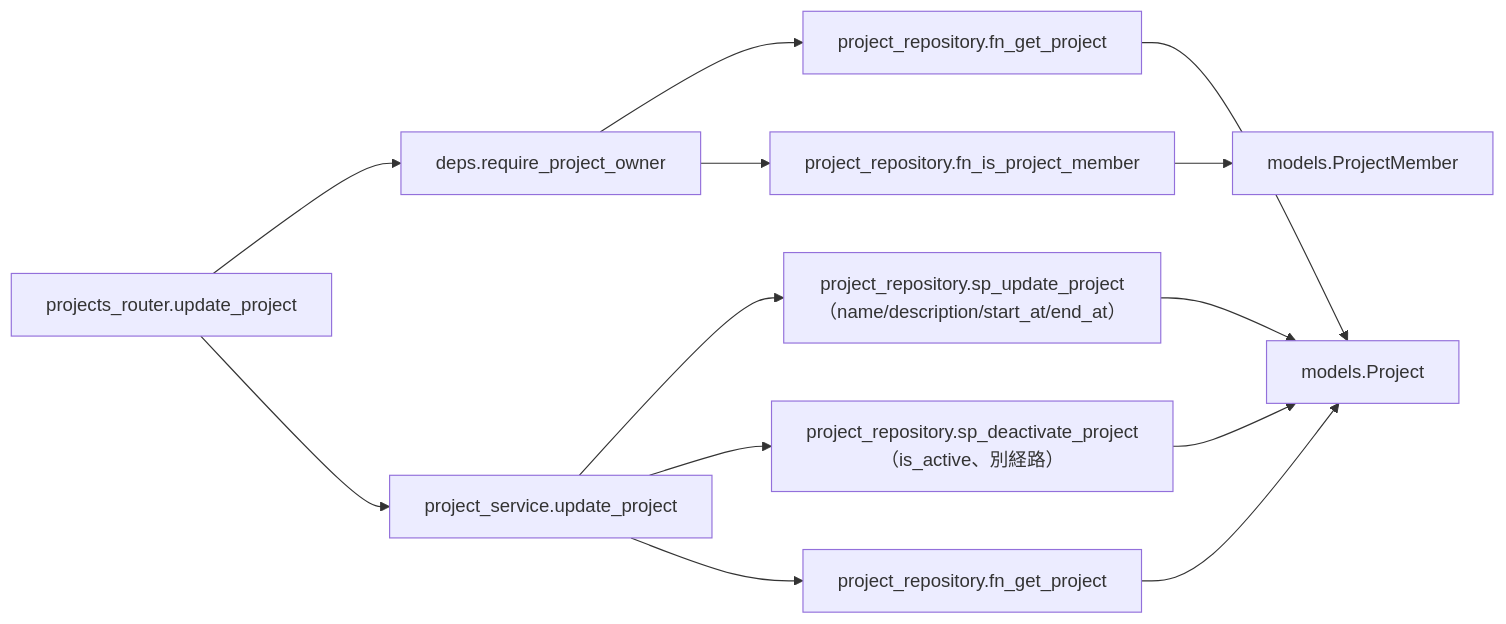
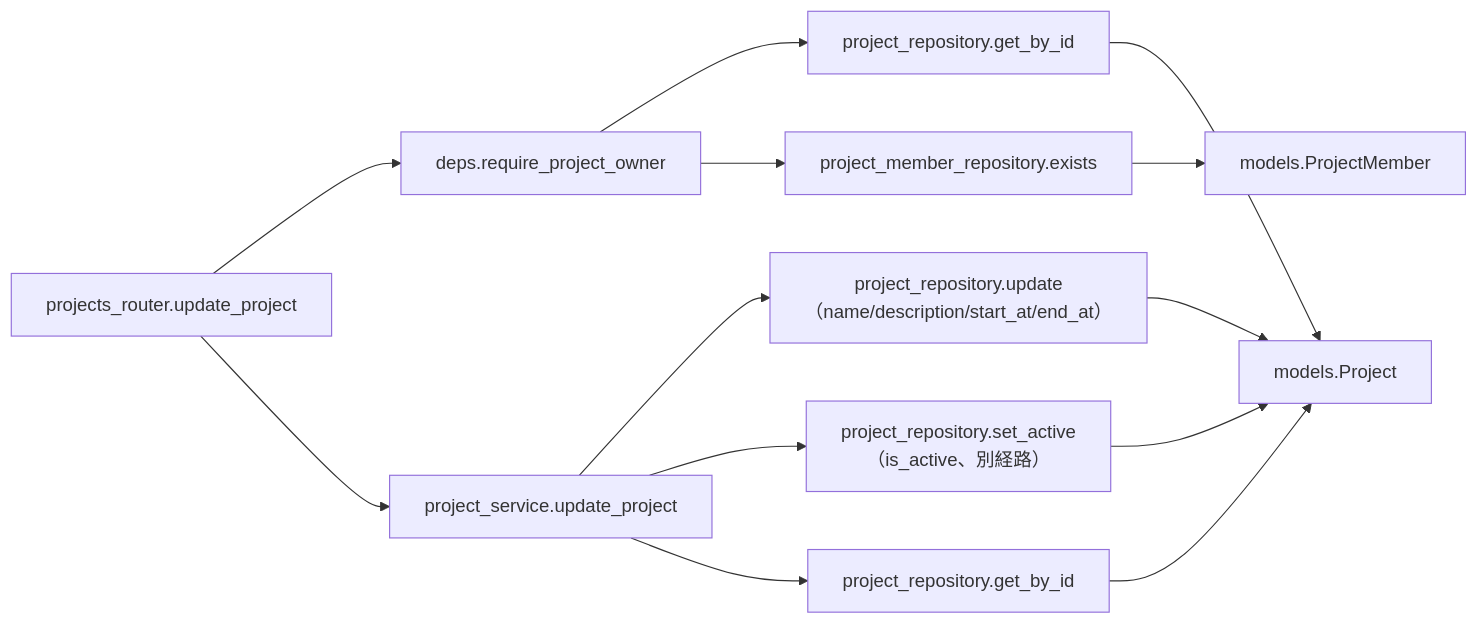
One commit to oikawa-d/task_management changed the third of 4 diagrams in docs/detailed_design/api/projects/04_patch_project.md. Above: the diagram before and after it, drawn with Mermaid. The commit also changed other lines of this file and 8 other files, not shown here.

````diff
--- a/docs/detailed_design/api/projects/04_patch_project.md
+++ b/docs/detailed_design/api/projects/04_patch_project.md
@@ -223,15 +230,15 @@
 ```mermaid
 flowchart LR
     R["projects_router.update_project"] --> D["deps.require_project_owner"]
-    D --> RP1["project_repository.fn_get_project"]
-    D --> RP2["project_repository.fn_is_project_member"]
+    D --> RP1["project_repository.get_by_id"]
+    D --> RP2["project_member_repository.exists"]
     R --> S["project_service.update_project"]
-    S --> RP3["project_repository.sp_update_project（name/description/start_at/end_at）"]
-    S --> RP5["project_repository.sp_deactivate_project（is_active、別経路）"]
-    S --> RP4["project_repository.fn_get_project"]
+    S --> RP3["project_repository.update（name/description/start_at/end_at）"]
+    S --> RP5["project_repository.set_active（is_active、別経路）"]
+    S --> RP4["project_repository.get_by_id"]
     RP1 --> M1["models.Project"]
     RP2 --> M2["models.ProjectMember"]
     RP3 --> M1
     RP5 --> M1
     RP4 --> M1
 ```
````
